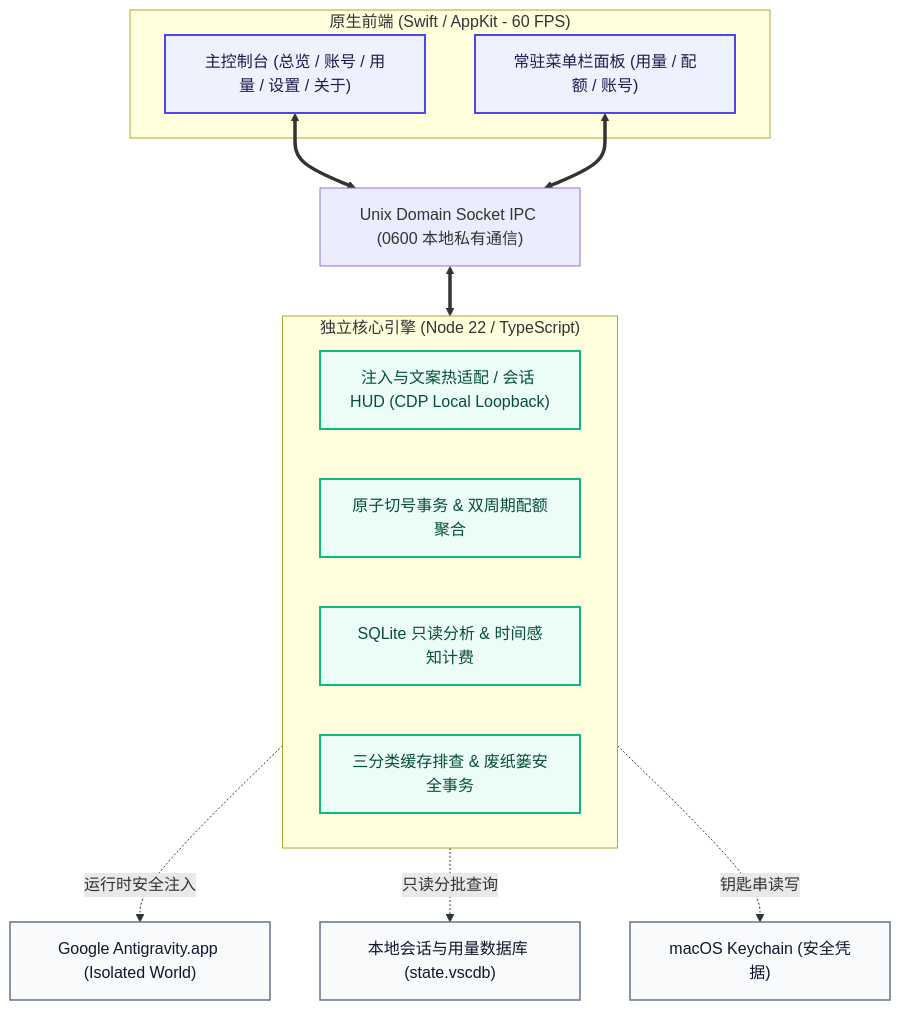
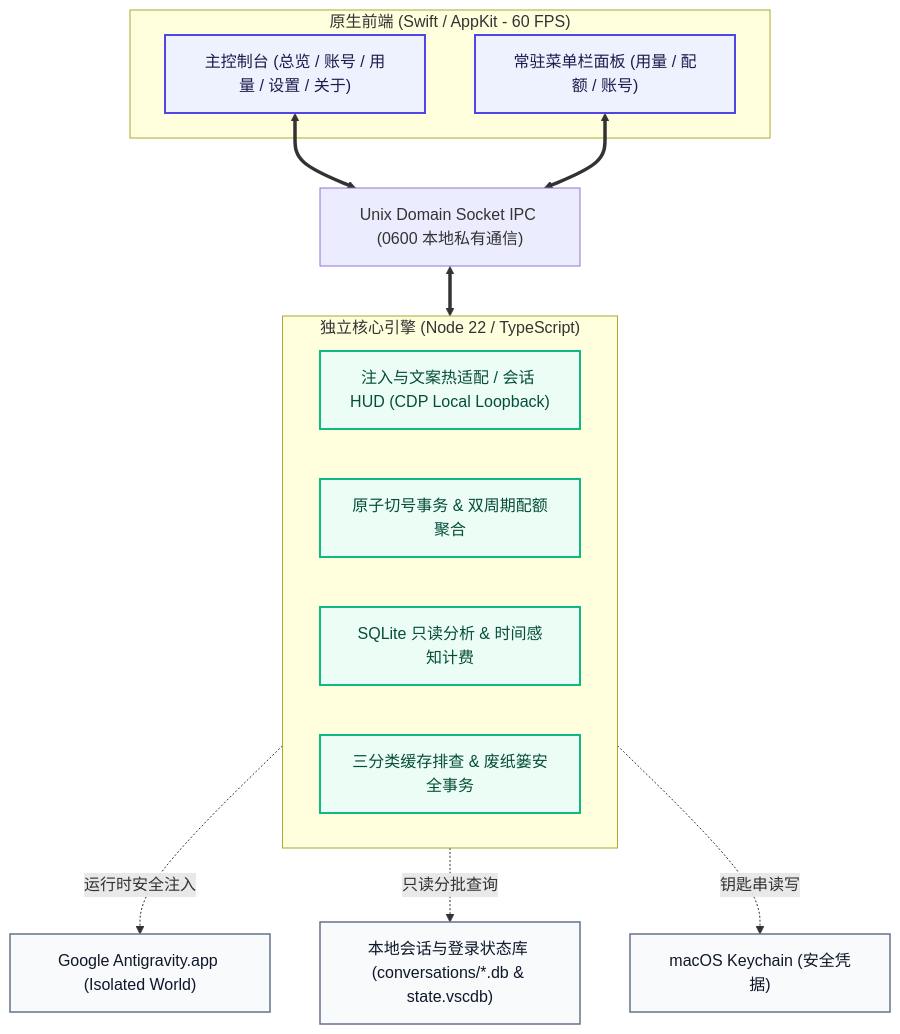
Before and after one commit to Enzoo404/gravitybox: the diagram in README.md, drawn with Mermaid. The commit also changed other lines of this file and 57 other files, not shown here.

````diff
--- a/README.md
+++ b/README.md
@@ -236,27 +236,27 @@
 ```mermaid
 graph TD
     classDef native fill:#EEF2FF,stroke:#4F46E5,stroke-width:2px,color:#1E1B4B;
     classDef core fill:#ECFDF5,stroke:#10B981,stroke-width:2px,color:#064E3B;
     classDef ext fill:#F8FAFC,stroke:#64748B,stroke-width:1.5px,color:#0F172A;
 
     subgraph NativeUI["原生前端 (Swift / AppKit - 60 FPS)"]
         MW["主控制台 (总览 / 账号 / 用量 / 设置 / 关于)"]:::native
         MB["常驻菜单栏面板 (用量 / 配额 / 账号)"]:::native
     end
 
     UDS["Unix Domain Socket IPC (0600 本地私有通信)"]
 
     subgraph CoreBackend["独立核心引擎 (Node 22 / TypeScript)"]
         Engine["注入与文案热适配 / 会话 HUD (CDP Local Loopback)"]:::core
         Accounts["原子切号事务 & 双周期配额聚合"]:::core
         Usage["SQLite 只读分析 & 时间感知计费"]:::core
         Maintenance["三分类缓存排查 & 废纸篓安全事务"]:::core
     end
 
     MW <==> UDS <==> CoreBackend
     MB <==> UDS
 
     CoreBackend -. 运行时安全注入 .-> TargetApp["Google Antigravity.app (Isolated World)"]:::ext
-    CoreBackend -. 只读分批查询 .-> SQLiteDB["本地会话与用量数据库 (state.vscdb)"]:::ext
+    CoreBackend -. 只读分批查询 .-> SQLiteDB["本地会话与登录状态库 (conversations/*.db & state.vscdb)"]:::ext
     CoreBackend -. 钥匙串读写 .-> Keychain["macOS Keychain (安全凭据)"]:::ext
 ```
````
